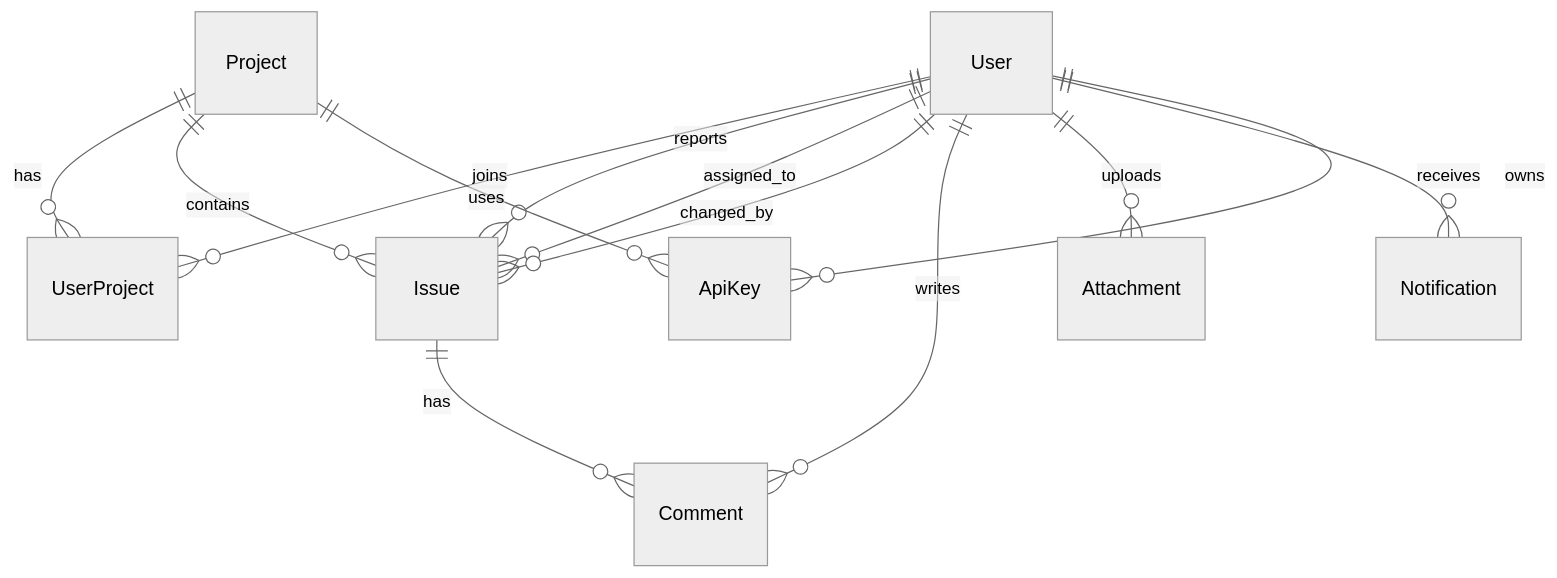
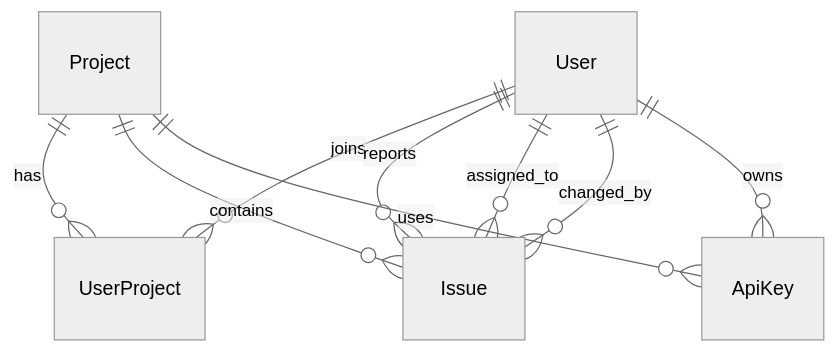
The diagram in README.md (Zhunya-bz/transcendence), drawn with Mermaid (neutral theme) before and after one commit. The commit also changed other lines of this file, not shown here.

````diff
--- a/README.md
+++ b/README.md
@@ -150,15 +156,11 @@
 ```mermaid
 erDiagram
   User ||--o{ UserProject : joins
   Project ||--o{ UserProject : has
   Project ||--o{ Issue : contains
   User ||--o{ Issue : reports
   User ||--o{ Issue : assigned_to
   User ||--o{ Issue : changed_by
-  Issue ||--o{ Comment : has
-  User ||--o{ Comment : writes
-  User ||--o{ Attachment : uploads
-  User ||--o{ Notification : receives
   User ||--o{ ApiKey : owns
   Project ||--o{ ApiKey : uses
 ```
````
